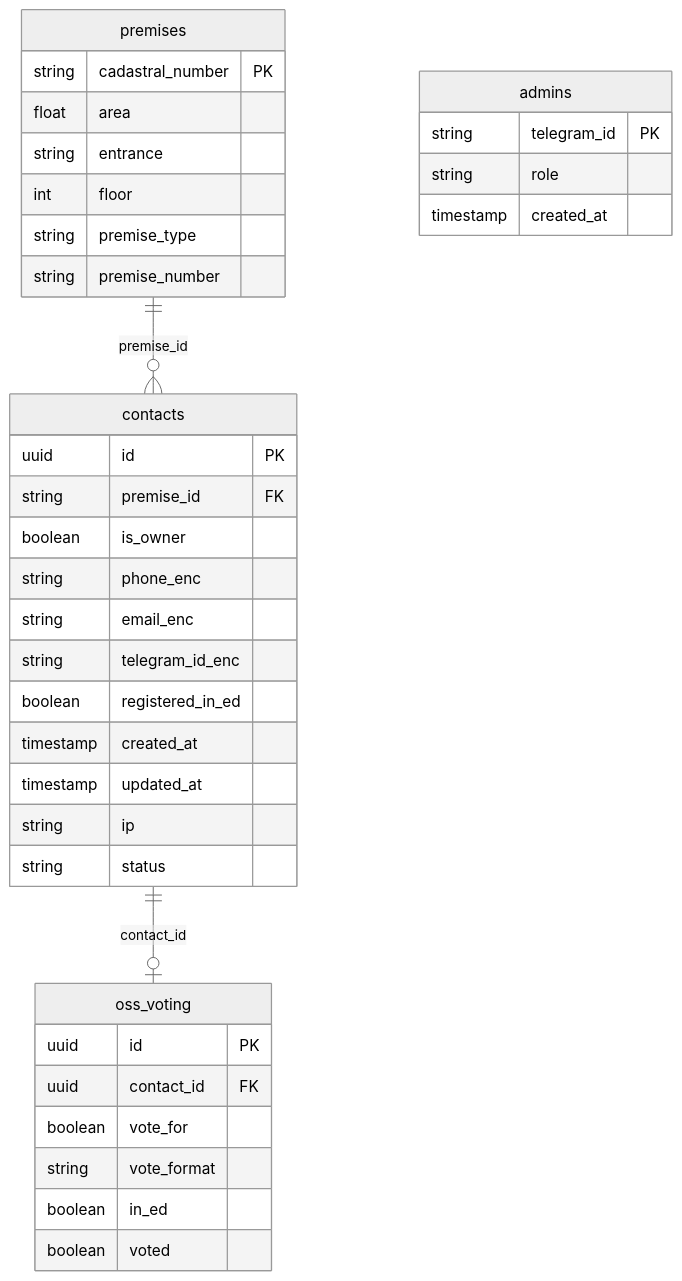
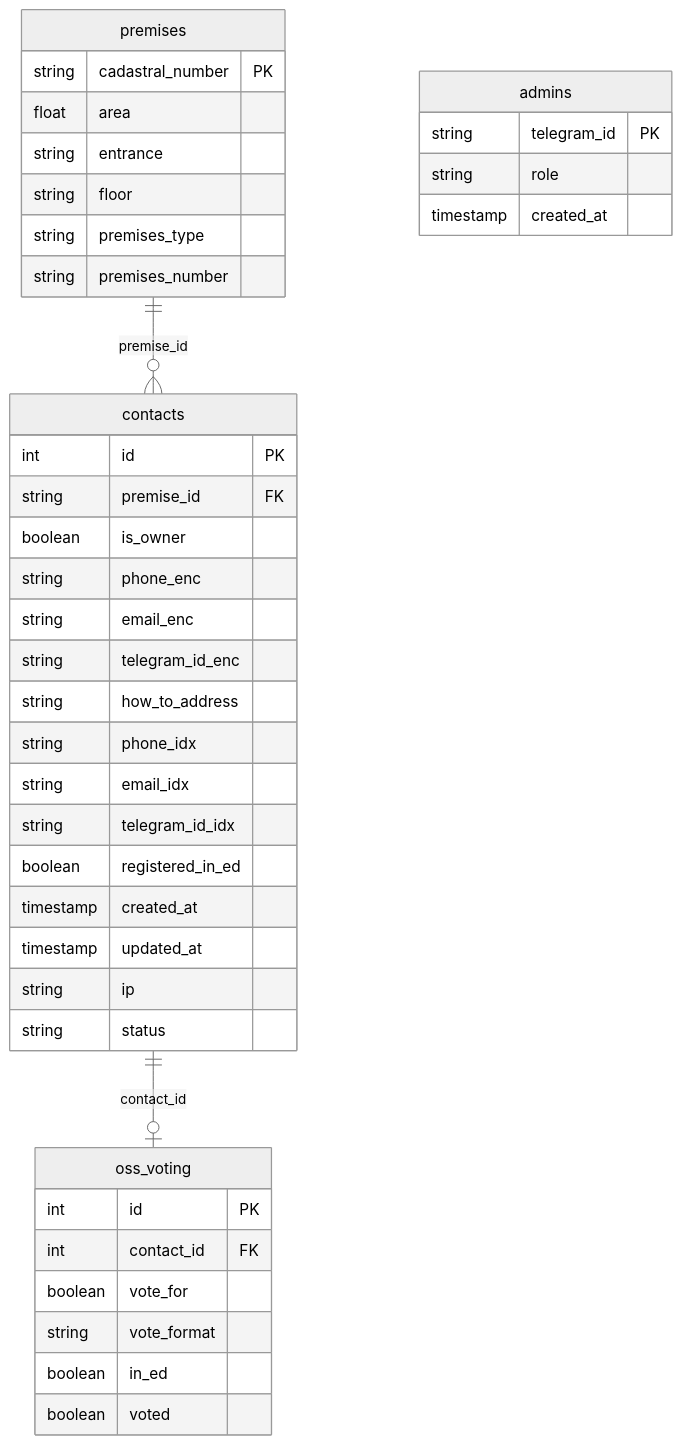
Before and after one commit to enedelko/mkd-contacts: the diagram in docs/srs/99-summary.md, drawn with Mermaid (neutral theme). The commit also changed other lines of this file and 1 other file, not shown here.

````diff
--- a/docs/srs/99-summary.md
+++ b/docs/srs/99-summary.md
@@ -43,39 +50,43 @@
 ```mermaid
 erDiagram
     premises ||--o{ contacts : "premise_id"
     contacts ||--o| oss_voting : "contact_id"
     admins {
       string telegram_id PK
       string role
       timestamp created_at
     }
     premises {
       string cadastral_number PK
       float area
       string entrance
-      int floor
-      string premise_type
-      string premise_number
+      string floor
+      string premises_type
+      string premises_number
     }
     contacts {
-      uuid id PK
+      int id PK
       string premise_id FK
       boolean is_owner
       string phone_enc
       string email_enc
       string telegram_id_enc
+      string how_to_address
+      string phone_idx
+      string email_idx
+      string telegram_id_idx
       boolean registered_in_ed
       timestamp created_at
       timestamp updated_at
       string ip
       string status
     }
     oss_voting {
-      uuid id PK
-      uuid contact_id FK
+      int id PK
+      int contact_id FK
       boolean vote_for
       string vote_format
       boolean in_ed
       boolean voted
     }
 ```
````
